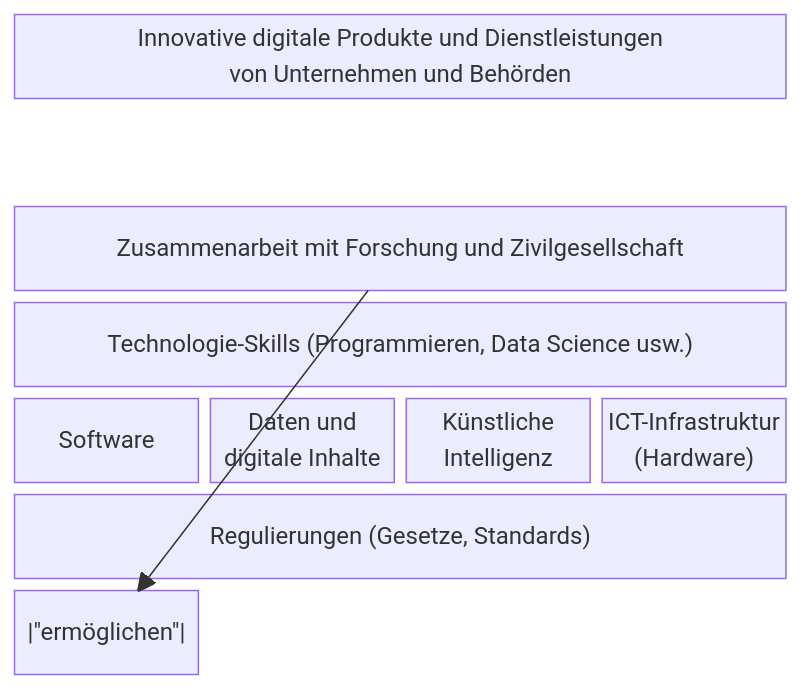
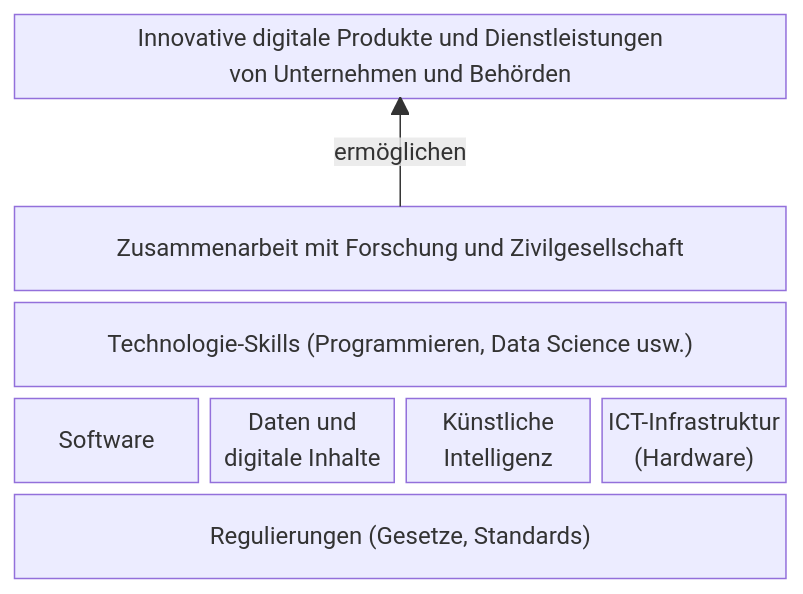
The second of 5 diagrams in docs/em002-7.adoc (736-c41-2c1-e464fc974/opensource-guidelines), drawn with Mermaid before and after one commit. The commit also changed other lines of this file, not shown here.

First line of the commit message:
Point the sovereignty arrow back at the roof

```diff
--- a/docs/em002-7.adoc
+++ b/docs/em002-7.adoc
@@ -859,12 +864,12 @@
 [mermaid,align="center",alt="Schematische Darstellung der Aspekte digitaler Souveränität, welche die Bereitstellung innovativer Produkte und Dienstleistungen ermöglichen"]
 ....
 block-beta
   columns 4
   Roof["Innovative digitale Produkte und Dienstleistungen<br/>von Unternehmen und Behörden"]:4
   space:4
   Collab["Zusammenarbeit mit Forschung und Zivilgesellschaft"]:4
   Skills["Technologie-Skills (Programmieren, Data Science usw.)"]:4
   SW["Software"] Data["Daten und<br/>digitale Inhalte"] AI["Künstliche<br/>Intelligenz"] Infra["ICT-Infrastruktur<br/>(Hardware)"]
   Reg["Regulierungen (Gesetze, Standards)"]:4
-  Collab -->|"ermöglichen"| Roof
+  Collab-- "ermöglichen" -->Roof
 ....
```
